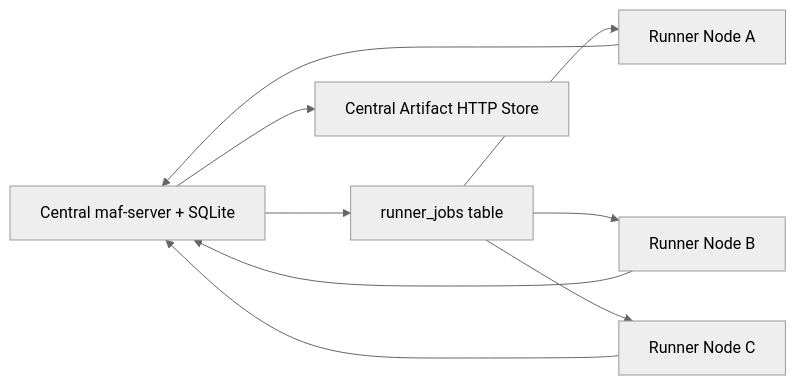
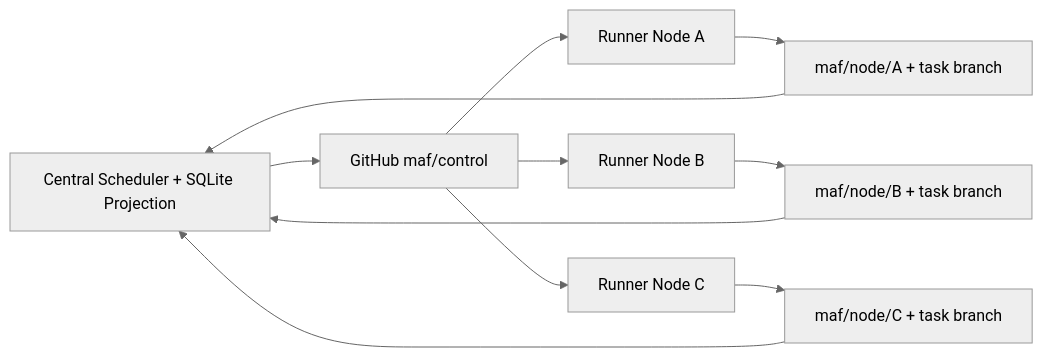
Before and after one commit to mei-lun/multi-agent-flow: the second of 6 diagrams in doc/多Agent协同工具系统设计文档.md, drawn with Mermaid (neutral theme). The commit also changed other lines of this file and 277 other files, not shown here.

````diff
--- a/doc/多Agent协同工具系统设计文档.md
+++ b/doc/多Agent协同工具系统设计文档.md
@@ -197,11 +197,13 @@
 ```mermaid
 flowchart LR
-    API["Central maf-server + SQLite"] --> Q["runner_jobs table"]
-    Q --> R1["Runner Node A"]
-    Q --> R2["Runner Node B"]
-    Q --> R3["Runner Node C"]
-    R1 --> API
-    R2 --> API
-    R3 --> API
-    API --> FS["Central Artifact HTTP Store"]
+    S["Central Scheduler + SQLite Projection"] --> C["GitHub maf/control"]
+    C --> R1["Runner Node A"]
+    C --> R2["Runner Node B"]
+    C --> R3["Runner Node C"]
+    R1 --> N1["maf/node/A + task branch"]
+    R2 --> N2["maf/node/B + task branch"]
+    R3 --> N3["maf/node/C + task branch"]
+    N1 --> S
+    N2 --> S
+    N3 --> S
 ```
````
